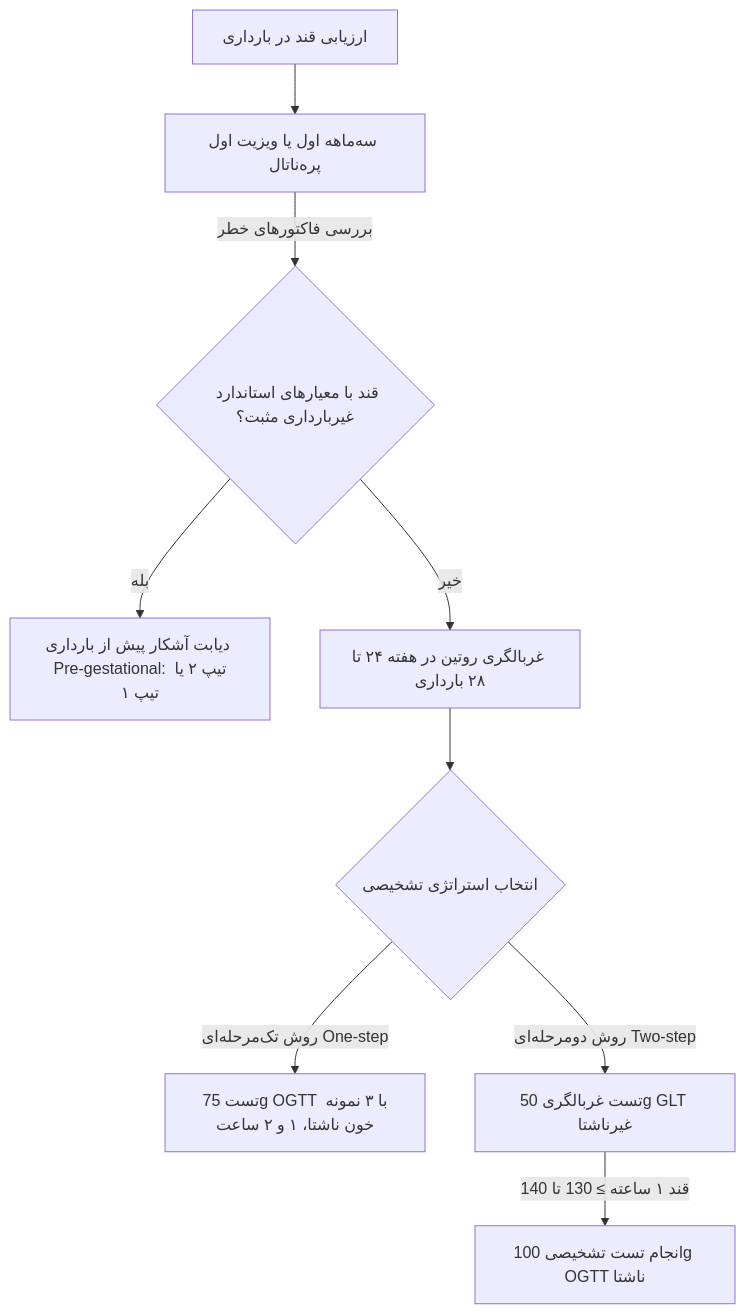
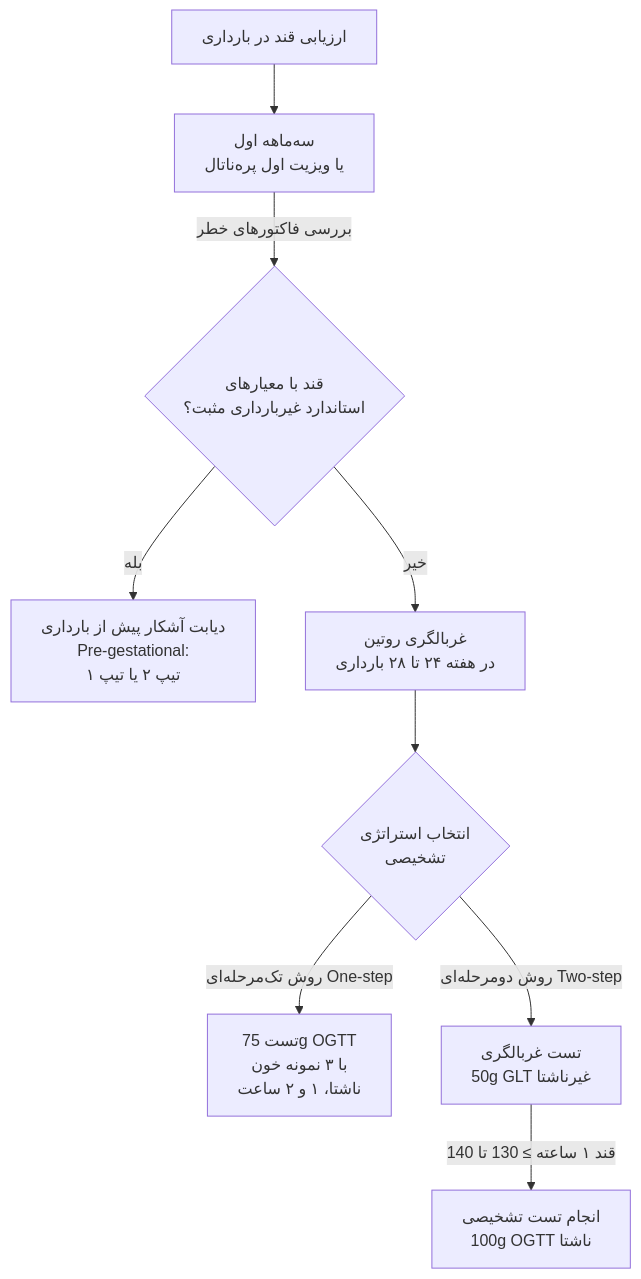
One commit to neopulse-hub/TUMS-1402-1-neo changed the ninth of 10 diagrams in 07/مبانی غدد/دیابت شیرین.md. Above: the diagram before and after it, drawn with Mermaid. The commit also changed other lines of this file, not shown here.

Commit message:
Update دیابت شیرین.md

````diff
--- a/07/مبانی غدد/دیابت شیرین.md
+++ b/07/مبانی غدد/دیابت شیرین.md
@@ -367,13 +367,13 @@
 ```mermaid
 flowchart TD
-    Preg[ارزیابی قند در بارداری] --> Tri1[سه‌ماهه اول یا ویزیت اول پره‌ناتال]
-    Tri1 -->|بررسی فاکتورهای خطر| PreGDM_Check{قند با معیارهای استاندارد غیربارداری مثبت؟}
-    PreGDM_Check -->|بله| PregestDM[دیابت آشکار پیش از بارداری Pre-gestational: تیپ ۲ یا تیپ ۱]
-    PreGDM_Check -->|خیر| RoutScreen[غربالگری روتین در هفته ۲۴ تا ۲۸ بارداری]
+    Preg[ارزیابی قند در بارداری] --> Tri1[سه‌ماهه اول<br>یا ویزیت اول پره‌ناتال]
+    Tri1 -->|بررسی فاکتورهای خطر| PreGDM_Check{قند با معیارهای<br>استاندارد غیربارداری مثبت؟}
+    PreGDM_Check -->|بله| PregestDM[دیابت آشکار پیش از بارداری<br>Pre-gestational:<br>تیپ ۲ یا تیپ ۱]
+    PreGDM_Check -->|خیر| RoutScreen[غربالگری روتین<br>در هفته ۲۴ تا ۲۸ بارداری]
     
-    RoutScreen --> StrategyChoice{انتخاب استراتژی تشخیصی}
-    StrategyChoice -->|روش تک‌مرحله‌ای One-step| OS[تست 75g OGTT با ۳ نمونه خون ناشتا، ۱ و ۲ ساعت]
-    StrategyChoice -->|روش دومرحله‌ای Two-step| TS[تست غربالگری 50g GLT غیرناشتا]
+    RoutScreen --> StrategyChoice{انتخاب استراتژی<br>تشخیصی}
+    StrategyChoice -->|روش تک‌مرحله‌ای One-step| OS[تست 75g OGTT<br>با ۳ نمونه خون<br>ناشتا، ۱ و ۲ ساعت]
+    StrategyChoice -->|روش دومرحله‌ای Two-step| TS[تست غربالگری<br>50g GLT غیرناشتا]
     
-    TS -->|قند ۱ ساعته ≥ 130 تا 140| TS_Step2[انجام تست تشخیصی 100g OGTT ناشتا]
+    TS -->|قند ۱ ساعته ≥ 130 تا 140| TS_Step2[انجام تست تشخیصی<br>100g OGTT ناشتا]
 ```
````
